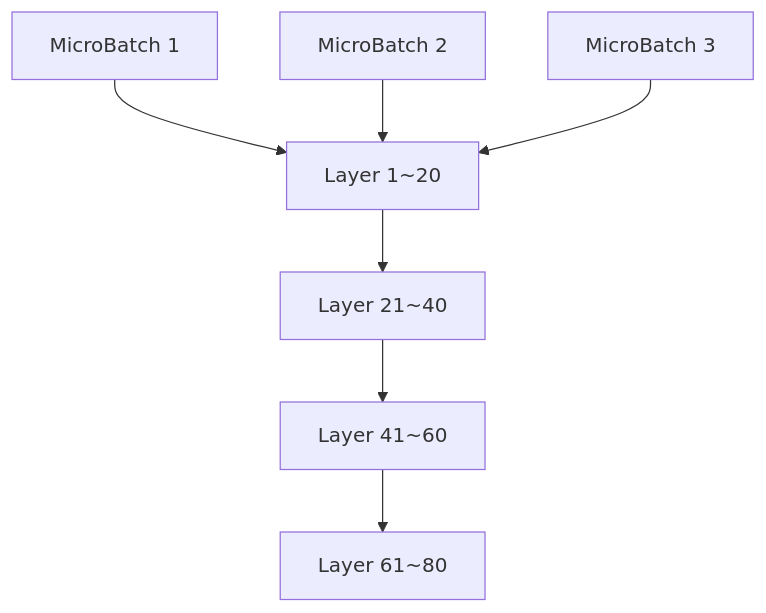
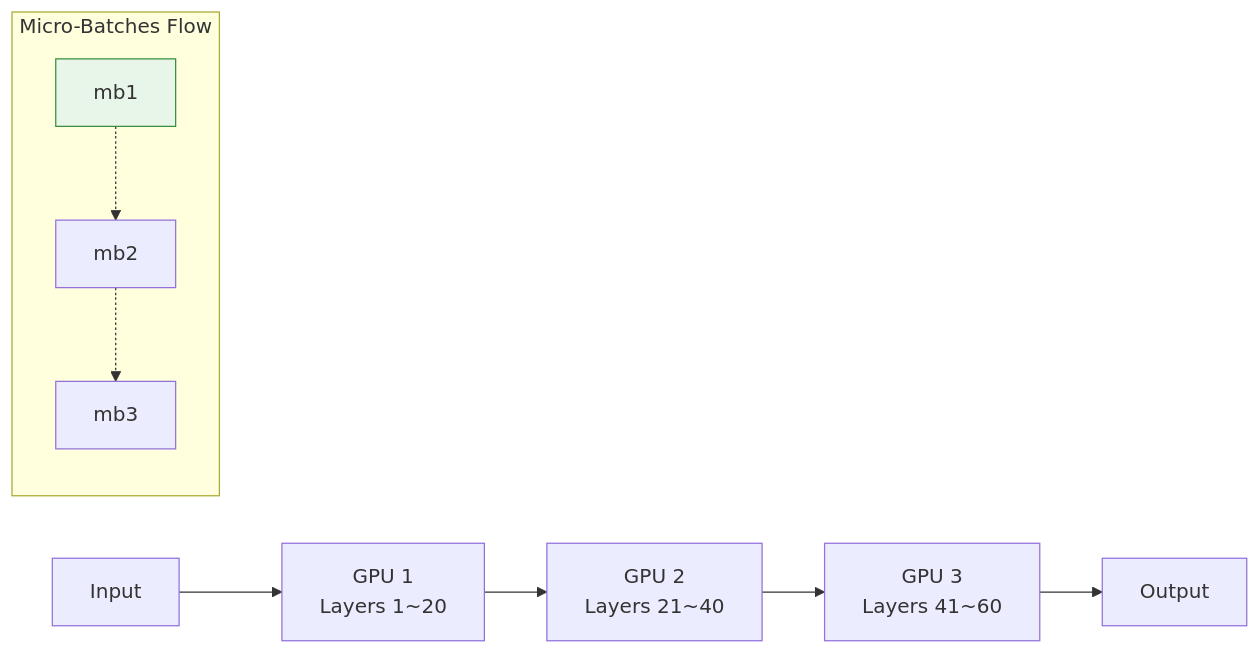
One commit to Ricepunchb/Idsh-obsidian-garden changed the third of 3 diagrams in content/study/분산 GPU 훈련.md. Above: the diagram before and after it, drawn with Mermaid. The commit also changed other lines of this file and 14 other files, not shown here.

````diff
--- a/content/study/분산 GPU 훈련.md
+++ b/content/study/분산 GPU 훈련.md
@@ -71,11 +88,14 @@
 ```mermaid
-%% 도표 3: Pipeline Parallelism
 %%{init: {'theme':'default'}}%%
-graph TD
-    GPU1[Layer 1~20] --> GPU2[Layer 21~40]
-    GPU2 --> GPU3[Layer 41~60]
-    GPU3 --> GPU4[Layer 61~80]
-    MB1[MicroBatch 1] --> GPU1
-    MB2[MicroBatch 2] --> GPU1
-    MB3[MicroBatch 3] --> GPU1
+graph LR
+    Input --> G1["GPU 1<br/>Layers 1~20"]
+    G1 --> G2["GPU 2<br/>Layers 21~40"]
+    G2 --> G3["GPU 3<br/>Layers 41~60"]
+    G3 --> Output["Output"]
+    
+    subgraph "Micro-Batches Flow"
+        MB1["mb1"] -.-> MB2["mb2"] -.-> MB3["mb3"]
+    end
+    
+    style MB1 fill:#E8F5E9,stroke:#388E3C
 ```
````
